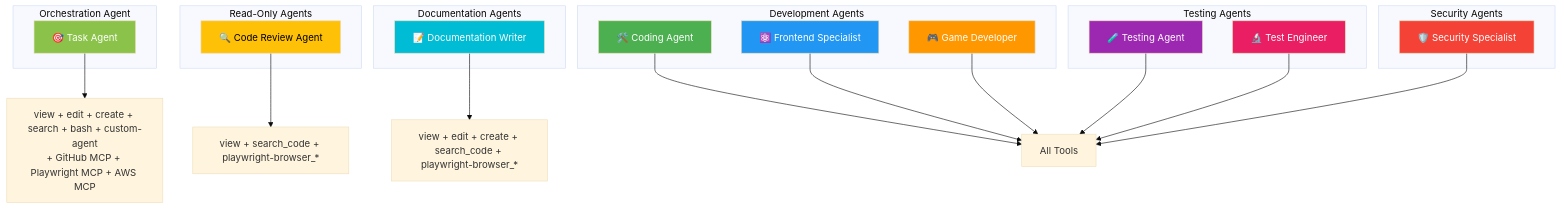
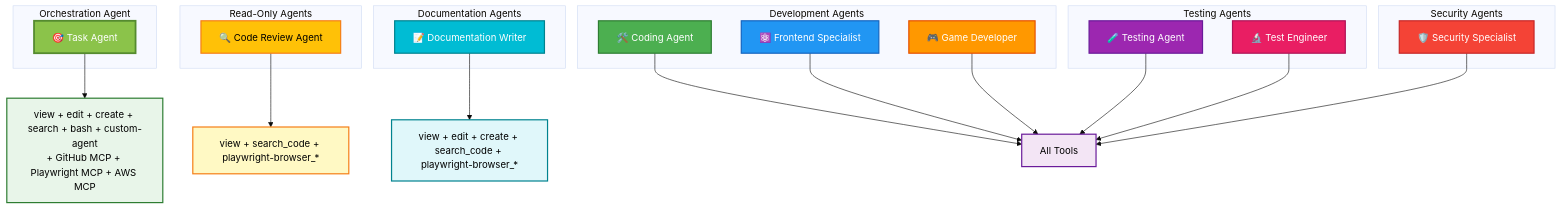
Before and after one commit to Hack23/blacktrigram: the fourth of 4 diagrams in .github/agents/README.md, drawn with Mermaid (base theme). The commit also changed other lines of this file, not shown here.

Commit message:
Enhance agents README with improved Mermaid diagrams and architecture overview

````diff
--- a/.github/agents/README.md
+++ b/.github/agents/README.md
@@ -333,49 +462,53 @@
 ```mermaid
 graph TD
     subgraph "Orchestration Agent"
         TaskAgent[🎯 Task Agent]
     end
     
     subgraph "Read-Only Agents"
         Review[🔍 Code Review Agent]
     end
     
     subgraph "Documentation Agents"
         Docs[📝 Documentation Writer]
     end
     
     subgraph "Development Agents"
         Coding[🛠️ Coding Agent]
         Frontend[⚛️ Frontend Specialist]
         Game[🎮 Game Developer]
     end
     
     subgraph "Testing Agents"
         Testing[🧪 Testing Agent]
         TestEng[🔬 Test Engineer]
     end
     
     subgraph "Security Agents"
         Security[🛡️ Security Specialist]
     end
     
     TaskAgent --> MCPTools[view + edit + create + search + bash + custom-agent<br/>+ GitHub MCP + Playwright MCP + AWS MCP]
     Review --> ViewSearch[view + search_code + playwright-browser_*]
     Docs --> ViewEdit[view + edit + create + search_code + playwright-browser_*]
     Coding --> FullTools[All Tools]
     Frontend --> FullTools
     Game --> FullTools
     Testing --> FullTools
     TestEng --> FullTools
     Security --> FullTools
     
-    style TaskAgent fill:#8BC34A,color:#fff
-    style Review fill:#FFC107,color:#000
-    style Docs fill:#00BCD4,color:#fff
-    style Coding fill:#4CAF50,color:#fff
-    style Frontend fill:#2196F3,color:#fff
-    style Game fill:#FF9800,color:#fff
-    style Testing fill:#9C27B0,color:#fff
-    style TestEng fill:#E91E63,color:#fff
-    style Security fill:#F44336,color:#fff
+    style TaskAgent fill:#8BC34A,stroke:#558B2F,stroke-width:3px,color:#fff
+    style Review fill:#FFC107,stroke:#F57F17,stroke-width:2px,color:#000
+    style Docs fill:#00BCD4,stroke:#00838F,stroke-width:2px,color:#fff
+    style Coding fill:#4CAF50,stroke:#2E7D32,stroke-width:2px,color:#fff
+    style Frontend fill:#2196F3,stroke:#1565C0,stroke-width:2px,color:#fff
+    style Game fill:#FF9800,stroke:#E65100,stroke-width:2px,color:#fff
+    style Testing fill:#9C27B0,stroke:#6A1B9A,stroke-width:2px,color:#fff
+    style TestEng fill:#E91E63,stroke:#AD1457,stroke-width:2px,color:#fff
+    style Security fill:#F44336,stroke:#C62828,stroke-width:2px,color:#fff
+    style MCPTools fill:#E8F5E9,stroke:#2E7D32,stroke-width:2px,color:#000
+    style ViewSearch fill:#FFF9C4,stroke:#F57F17,stroke-width:2px,color:#000
+    style ViewEdit fill:#E0F7FA,stroke:#00838F,stroke-width:2px,color:#000
+    style FullTools fill:#F3E5F5,stroke:#6A1B9A,stroke-width:2px,color:#000
 ```
````
